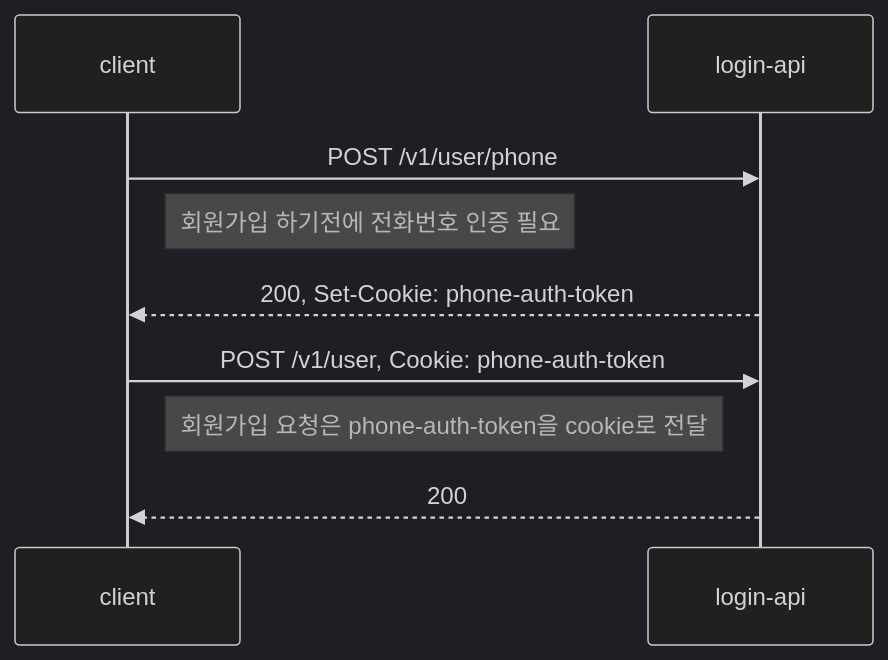
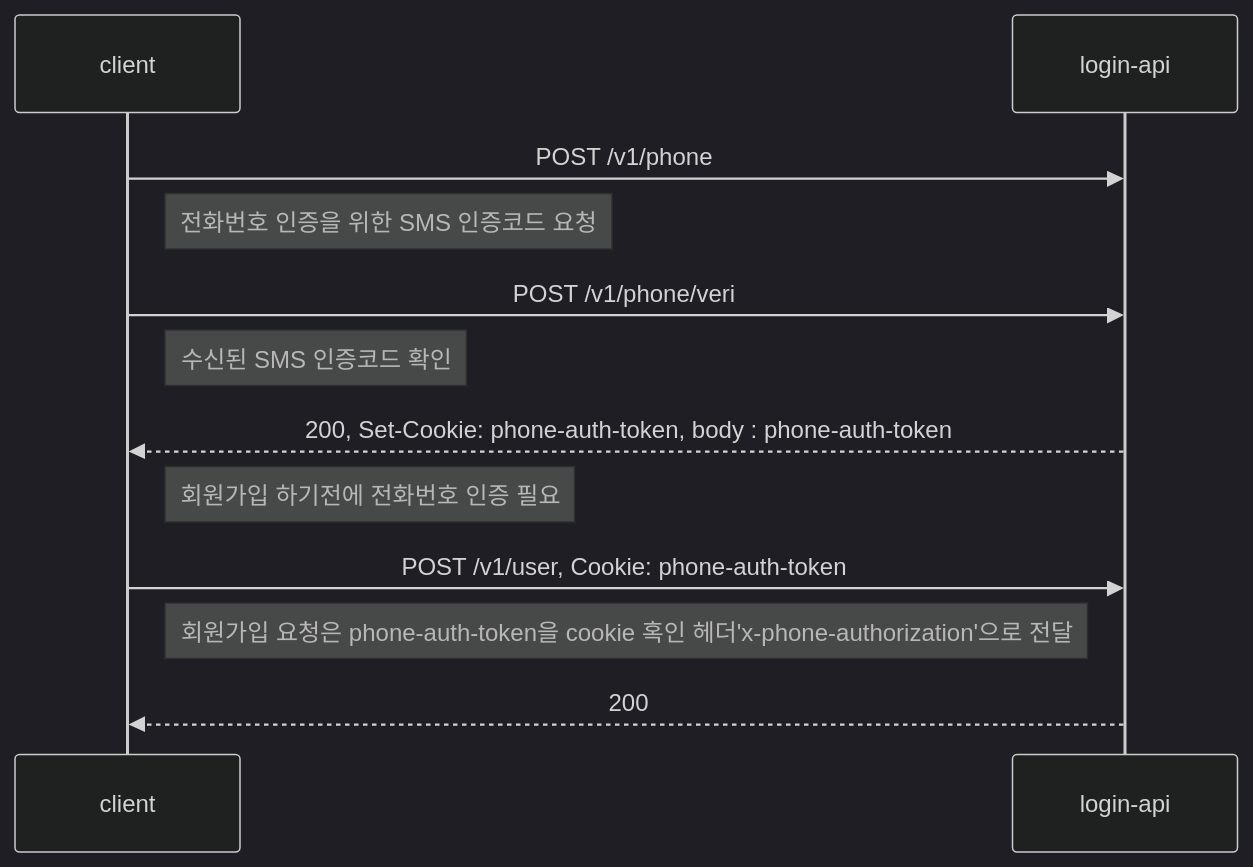
One commit to lazybrain80/login-api changed the first of 3 diagrams in README.md. Above: the diagram before and after it, drawn with Mermaid (dark theme). The commit also changed other lines of this file, not shown here.

Commit message:
전화번호 인증 설명 변경

````diff
--- a/README.md
+++ b/README.md
@@ -41,11 +42,14 @@
 ```mermaid
 sequenceDiagram
-client->>login-api: POST /v1/user/phone
+client->>login-api: POST /v1/phone
+Note right of client: 전화번호 인증을 위한 SMS 인증코드 요청
+client->>login-api: POST /v1/phone/veri
+Note right of client: 수신된 SMS 인증코드 확인
+login-api-->>client:  200, Set-Cookie: phone-auth-token, body : phone-auth-token
 Note right of client: 회원가입 하기전에 전화번호 인증 필요
-login-api-->>client:  200, Set-Cookie: phone-auth-token
 
 client->>login-api: POST /v1/user, Cookie: phone-auth-token
-Note right of client: 회원가입 요청은 phone-auth-token을 cookie로 전달
+Note right of client: 회원가입 요청은 phone-auth-token을 cookie 혹인 헤더'x-phone-authorization'으로 전달
 
 login-api-->>client: 200
 ```
````
